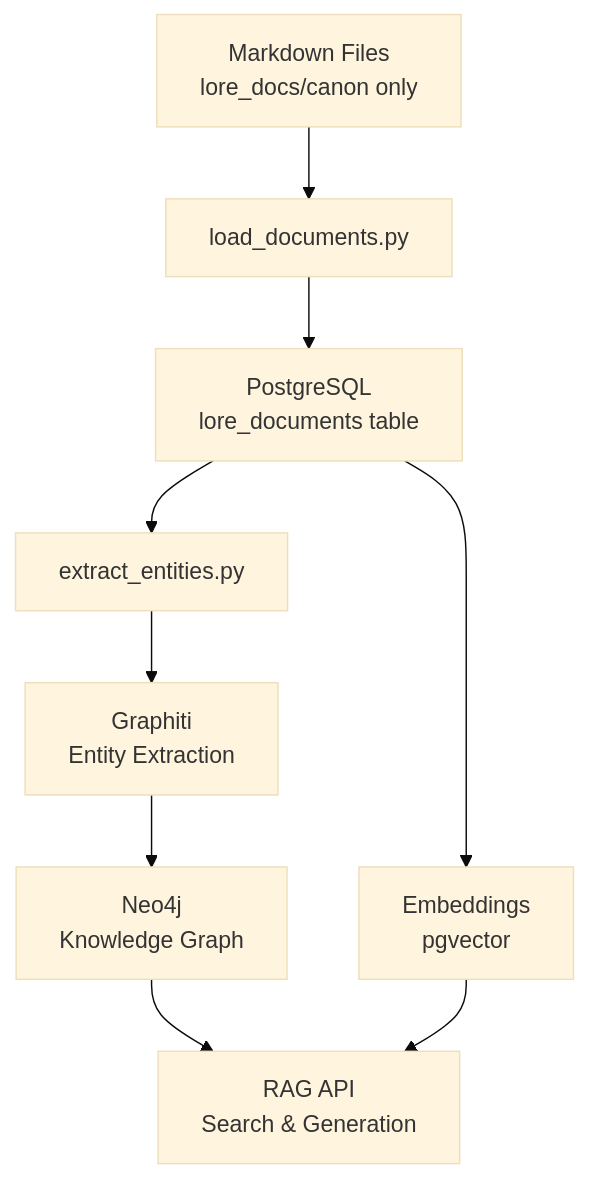
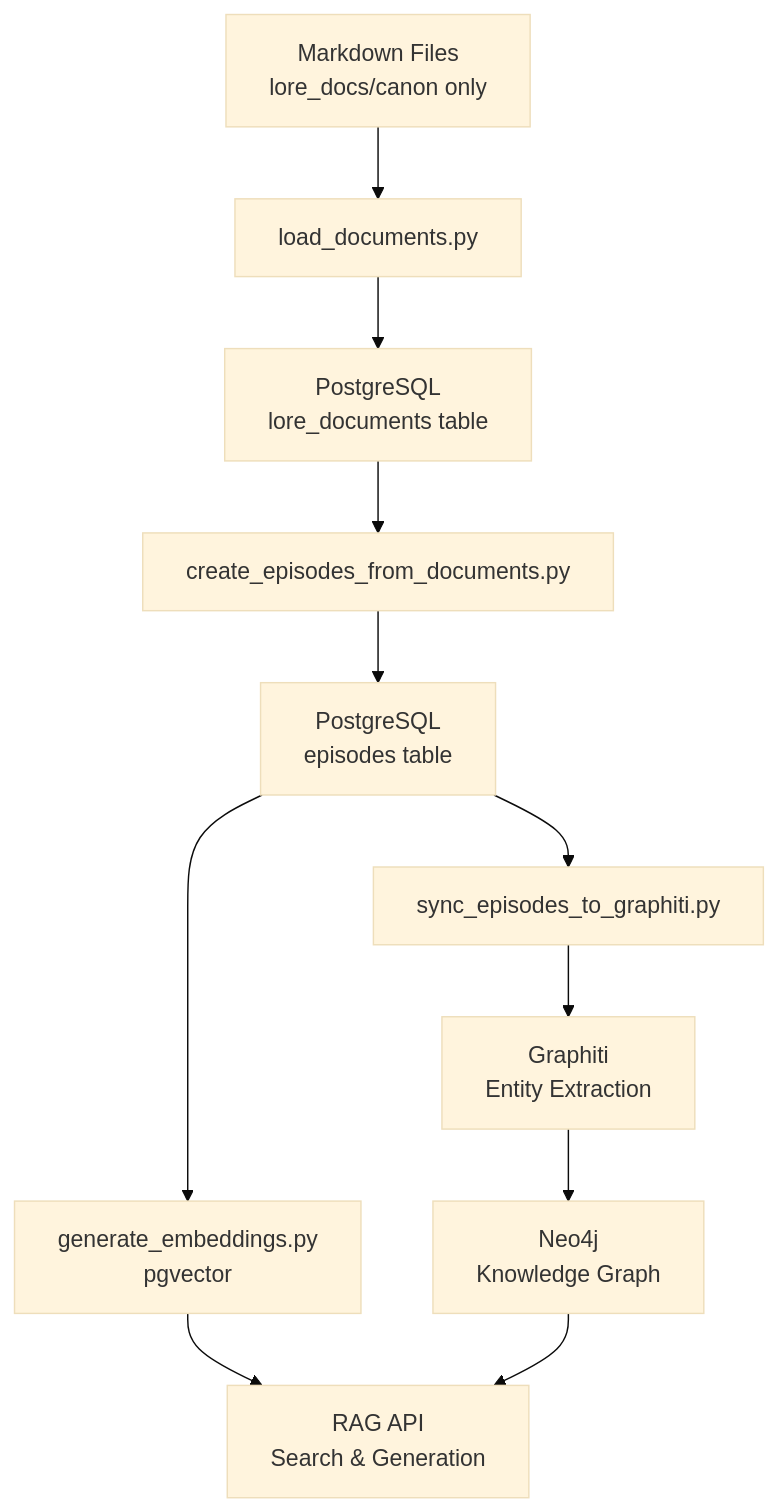
One commit to LuminariMUD/sage changed the diagram in docs/systems/PIPELINE_SYSTEM.md. Above: the diagram before and after it, drawn with Mermaid (base theme). The commit also changed other lines of this file and 98 other files, not shown here.

````diff
--- a/docs/systems/PIPELINE_SYSTEM.md
+++ b/docs/systems/PIPELINE_SYSTEM.md
@@ -65,11 +98,13 @@
 ```mermaid
 graph TB
     A[Markdown Files<br/>lore_docs/canon only] --> B[load_documents.py]
     B --> C[PostgreSQL<br/>lore_documents table]
-    C --> D[extract_entities.py]
-    D --> E[Graphiti<br/>Entity Extraction]
-    E --> F[Neo4j<br/>Knowledge Graph]
+    C --> D[create_episodes_from_documents.py]
+    D --> E[PostgreSQL<br/>episodes table]
+    E --> F[generate_embeddings.py<br/>pgvector]
+    E --> H[sync_episodes_to_graphiti.py]
+    H --> I[Graphiti<br/>Entity Extraction]
+    I --> J[Neo4j<br/>Knowledge Graph]
     F --> G[RAG API<br/>Search & Generation]
-    C --> H[Embeddings<br/>pgvector]
-    H --> G
+    J --> G
 ```
````
